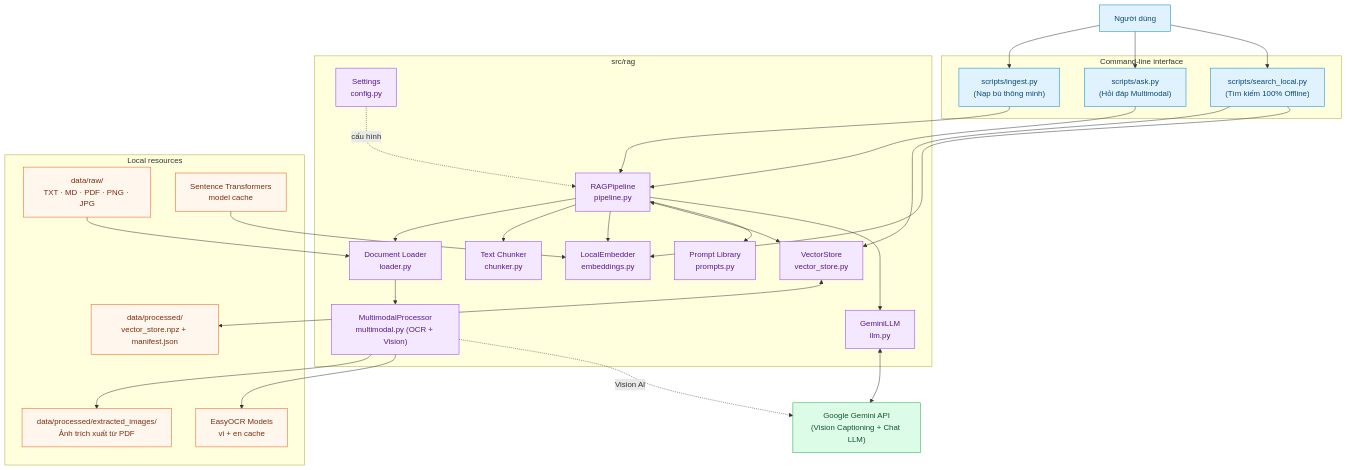
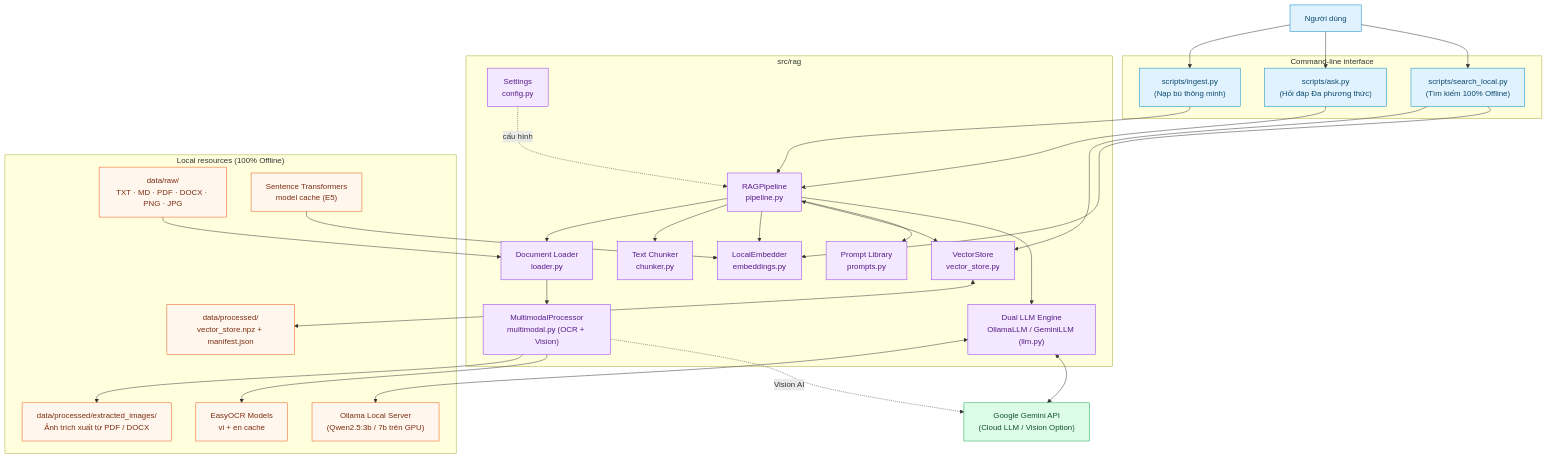
Before and after one commit to QuocTien004/RAG-from-zero: the second of 3 diagrams in README.md, drawn with Mermaid. The commit also changed other lines of this file, not shown here.

Commit message:
docs: overhaul README with dual LLM provider, DOCX support, and multimodal guides

````diff
--- a/README.md
+++ b/README.md
@@ -88,64 +88,66 @@
 ```mermaid
 flowchart TB
     USER["Người dùng"]
 
     subgraph CLI["Command-line interface"]
         INGEST["scripts/ingest.py<br/>(Nạp bù thông minh)"]
-        ASK["scripts/ask.py<br/>(Hỏi đáp Multimodal)"]
+        ASK["scripts/ask.py<br/>(Hỏi đáp Đa phương thức)"]
         SEARCH["scripts/search_local.py<br/>(Tìm kiếm 100% Offline)"]
     end
 
     subgraph CORE["src/rag"]
         PIPELINE["RAGPipeline<br/>pipeline.py"]
         SETTINGS["Settings<br/>config.py"]
         LOADER["Document Loader<br/>loader.py"]
         MULTIMODAL["MultimodalProcessor<br/>multimodal.py (OCR + Vision)"]
         CHUNKER["Text Chunker<br/>chunker.py"]
         EMBEDDER["LocalEmbedder<br/>embeddings.py"]
         VECTOR["VectorStore<br/>vector_store.py"]
         PROMPTS["Prompt Library<br/>prompts.py"]
-        LLM["GeminiLLM<br/>llm.py"]
+        LLM["Dual LLM Engine<br/>OllamaLLM / GeminiLLM (llm.py)"]
     end
 
-    subgraph LOCAL["Local resources"]
-        RAW["data/raw/<br/>TXT · MD · PDF · PNG · JPG"]
-        EXTRACTED["data/processed/extracted_images/<br/>Ảnh trích xuất từ PDF"]
-        MODEL["Sentence Transformers<br/>model cache"]
+    subgraph LOCAL["Local resources (100% Offline)"]
+        RAW["data/raw/<br/>TXT · MD · PDF · DOCX · PNG · JPG"]
+        EXTRACTED["data/processed/extracted_images/<br/>Ảnh trích xuất từ PDF / DOCX"]
+        MODEL["Sentence Transformers<br/>model cache (E5)"]
         EASYOCR["EasyOCR Models<br/>vi + en cache"]
+        OLLAMA["Ollama Local Server<br/>(Qwen2.5:3b / 7b trên GPU)"]
         FILES["data/processed/<br/>vector_store.npz + manifest.json"]
     end
 
-    CLOUD["Google Gemini API<br/>(Vision Captioning + Chat LLM)"]
+    CLOUD["Google Gemini API<br/>(Cloud LLM / Vision Option)"]
 
     USER --> INGEST
     USER --> ASK
     USER --> SEARCH
     INGEST --> PIPELINE
     ASK --> PIPELINE
     SEARCH --> VECTOR
     SEARCH --> EMBEDDER
     SETTINGS -. cấu hình .-> PIPELINE
     PIPELINE --> LOADER
     LOADER --> MULTIMODAL
     MULTIMODAL --> EXTRACTED
     MULTIMODAL --> EASYOCR
     MULTIMODAL -. Vision AI .-> CLOUD
     PIPELINE --> CHUNKER
     PIPELINE --> EMBEDDER
     PIPELINE <--> VECTOR
     PIPELINE --> PROMPTS
     PIPELINE --> LLM
     RAW --> LOADER
     MODEL --> EMBEDDER
     VECTOR <--> FILES
+    LLM <--> OLLAMA
     LLM <--> CLOUD
 
     classDef interface fill:#E0F2FE,stroke:#0284C7,color:#0C4A6E;
     classDef core fill:#F3E8FF,stroke:#9333EA,color:#581C87;
     classDef local fill:#FFF7ED,stroke:#EA580C,color:#7C2D12;
     classDef cloud fill:#DCFCE7,stroke:#16A34A,color:#14532D;
     class USER,INGEST,ASK,SEARCH interface;
     class PIPELINE,SETTINGS,LOADER,MULTIMODAL,CHUNKER,EMBEDDER,VECTOR,PROMPTS,LLM core;
-    class RAW,EXTRACTED,MODEL,EASYOCR,FILES local;
+    class RAW,EXTRACTED,MODEL,EASYOCR,OLLAMA,FILES local;
     class CLOUD cloud;
 ```
````
